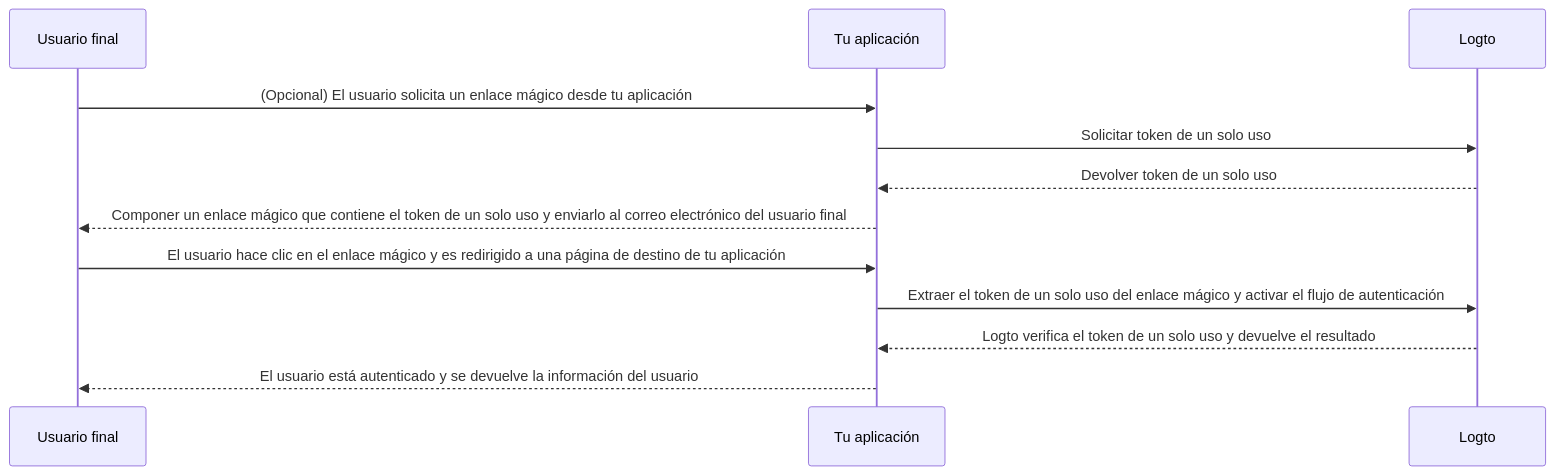
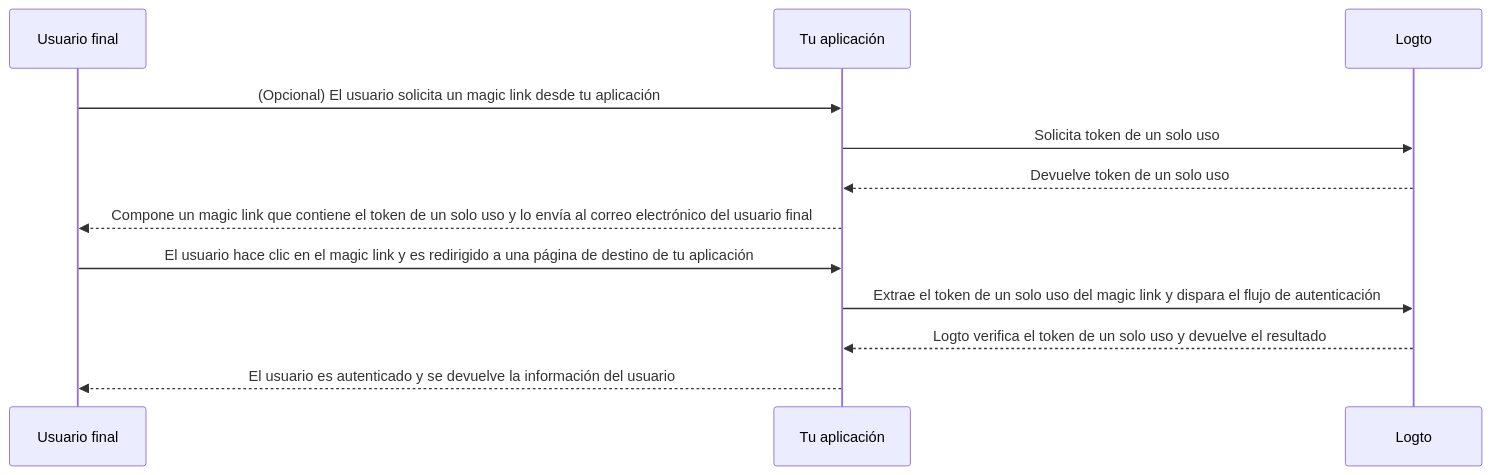
One commit to logto-io/docs changed the diagram in i18n/es/docusaurus-plugin-content-docs/current/end-user-flows/one-time-token.mdx. Above: the diagram before and after it, drawn with Mermaid. The commit also changed other lines of this file and 233 other files, not shown here.

````diff
--- a/i18n/es/docusaurus-plugin-content-docs/current/end-user-flows/one-time-token.mdx
+++ b/i18n/es/docusaurus-plugin-content-docs/current/end-user-flows/one-time-token.mdx
@@ -21,15 +24,15 @@
 ```mermaid
 sequenceDiagram
   participant U as Usuario final
   participant C as Tu aplicación
   participant L as Logto
 
-  U ->> C: (Opcional) El usuario solicita un enlace mágico desde tu aplicación
-  C ->> L: Solicitar token de un solo uso
-  L -->> C: Devolver token de un solo uso
-  C -->> U: Componer un enlace mágico que contiene el token de un solo uso y enviarlo al correo electrónico del usuario final
-  U ->> C: El usuario hace clic en el enlace mágico y es redirigido a una página de destino de tu aplicación
-  C ->> L: Extraer el token de un solo uso del enlace mágico y activar el flujo de autenticación
+  U ->> C: (Opcional) El usuario solicita un magic link desde tu aplicación
+  C ->> L: Solicita token de un solo uso
+  L -->> C: Devuelve token de un solo uso
+  C -->> U: Compone un magic link que contiene el token de un solo uso y lo envía al correo electrónico del usuario final
+  U ->> C: El usuario hace clic en el magic link y es redirigido a una página de destino de tu aplicación
+  C ->> L: Extrae el token de un solo uso del magic link y dispara el flujo de autenticación
   L -->> C: Logto verifica el token de un solo uso y devuelve el resultado
-  C -->> U: El usuario está autenticado y se devuelve la información del usuario
+  C -->> U: El usuario es autenticado y se devuelve la información del usuario
 ```
````
